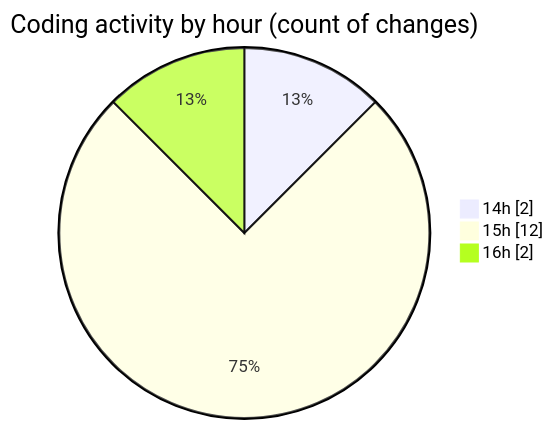
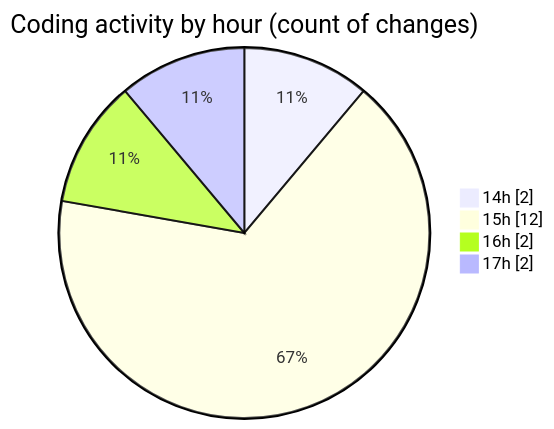
One commit to ricardozamudiocil/code-tracking changed the second of 2 diagrams in 2026-09-30/cilreports__workspace_/README.md. Above: the diagram before and after it, drawn with Mermaid. The commit also changed other lines of this file and 1 other file, not shown here.

````diff
--- a/2026-09-30/cilreports__workspace_/README.md
+++ b/2026-09-30/cilreports__workspace_/README.md
@@ -33,7 +33,8 @@
 ```mermaid
 pie showData
 title Coding activity by hour (count of changes)
 "14h" : 2
 "15h" : 12
 "16h" : 2
+"17h" : 2
 ```
````
